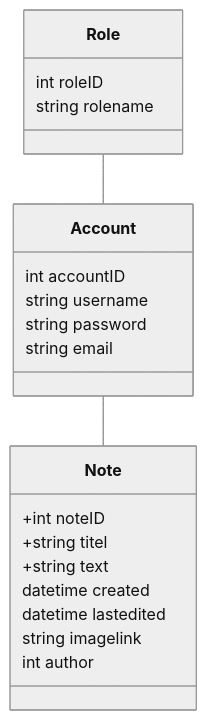
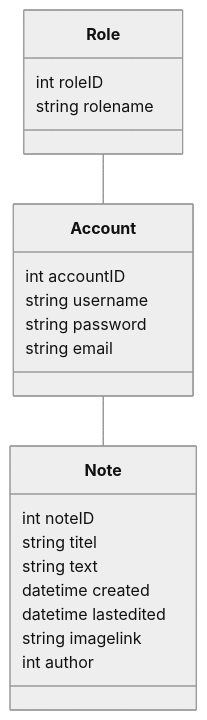
The diagram in Artefakter/UML/DesignClassDiagram.md (PBI22/Agil-Flask-Note-Projekt), drawn with Mermaid (neutral theme) before and after one commit.

````diff
--- a/Artefakter/UML/DesignClassDiagram.md
+++ b/Artefakter/UML/DesignClassDiagram.md
@@ -3,26 +3,26 @@
 ```mermaid
 ---
 
 ---
 classDiagram
 
-Note : +int noteID
-Note : +string titel
-Note : +string text
+Note : int noteID
+Note : string titel
+Note : string text
 Note : datetime created
 Note : datetime lastedited
 Note : string imagelink
 Note : int author
 
 Role : int roleID
 Role : string rolename
 
 Account : int accountID
 Account : string username
 Account : string password
 Account : string email
 
 Role -- Account
 Account -- Note
 
 ```
````
